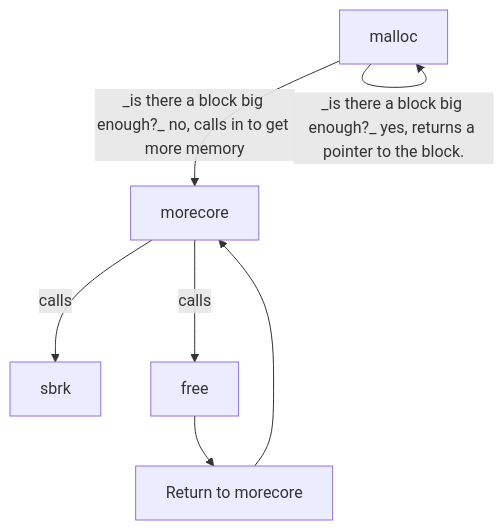
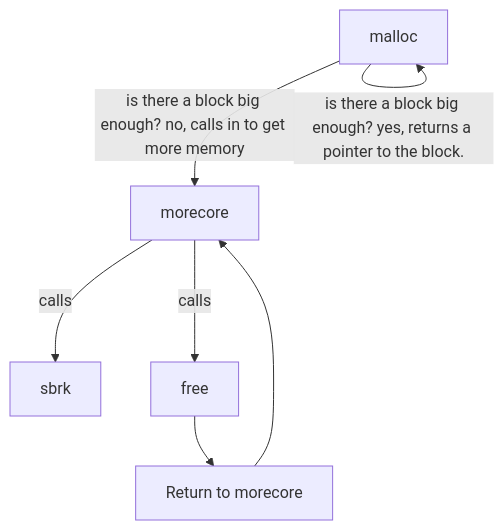
Before and after one commit to mikeybkats/c_programming_language: the diagram in src/malloc/MALLOC.md, drawn with Mermaid. The commit also changed other lines of this file and 1 other file, not shown here.

Commit message:
adding to malloc blog post

````diff
--- a/src/malloc/MALLOC.md
+++ b/src/malloc/MALLOC.md
@@ -43,8 +55,8 @@
 ```mermaid
 graph TD
-  A[malloc] --> |_is there a block big enough?_ no, calls in to get more memory| B[morecore]
-  A[malloc] --> |_is there a block big enough?_ yes, returns a pointer to the block.| A
+  A[malloc] --> |is there a block big enough? no, calls in to get more memory| B[morecore]
+  A[malloc] --> |is there a block big enough? yes, returns a pointer to the block.| A
     B --> |calls| C[sbrk]
     B --> |calls| D[free]
     D --> E[Return to morecore] --> B
 ```
````
